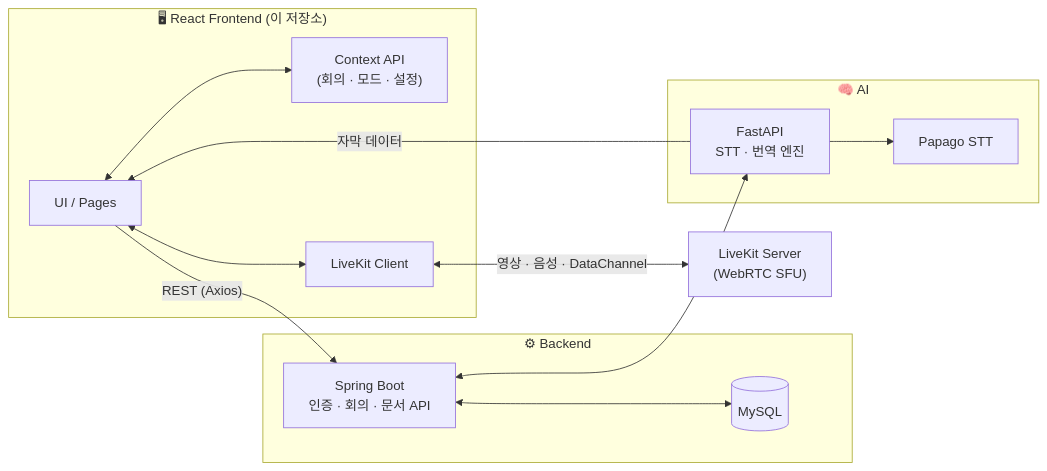
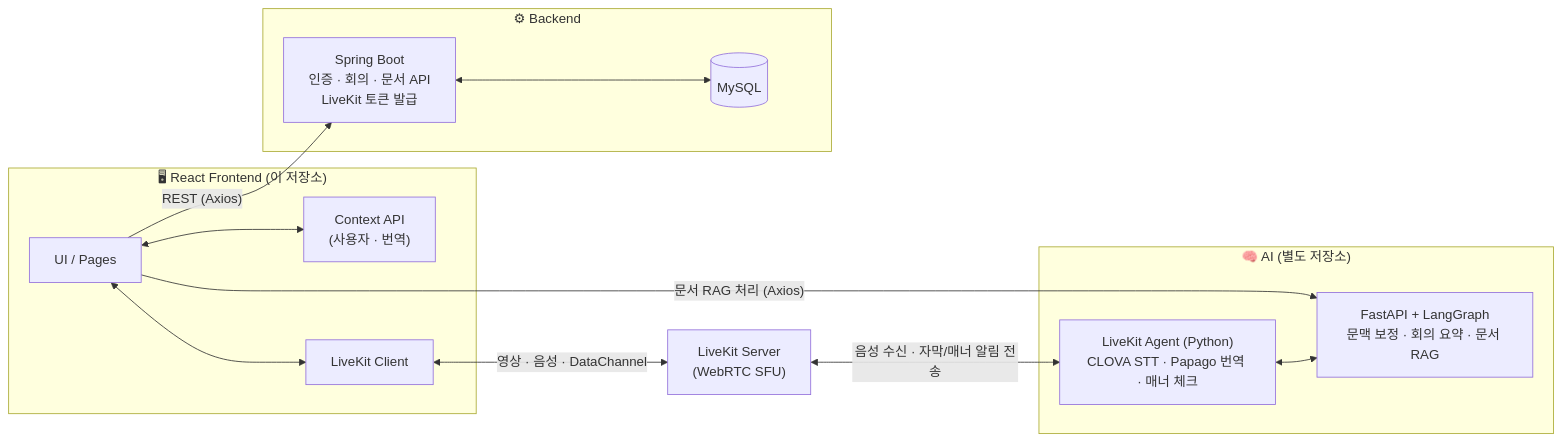
Before and after one commit to jingeunlee4559/talaria-frontend: the first of 5 diagrams in README.md, drawn with Mermaid. The commit also changed other lines of this file, not shown here.

````diff
--- a/README.md
+++ b/README.md
@@ -190,29 +191,29 @@
 ```mermaid
 flowchart LR
     subgraph Client["🖥 React Frontend (이 저장소)"]
         UI["UI / Pages"]
-        CTX["Context API<br/>(회의 · 모드 · 설정)"]
+        CTX["Context API<br/>(사용자 · 번역)"]
         LK["LiveKit Client"]
     end
 
     subgraph Server["⚙ Backend"]
-        SB["Spring Boot<br/>인증 · 회의 · 문서 API"]
+        SB["Spring Boot<br/>인증 · 회의 · 문서 API<br/>LiveKit 토큰 발급"]
         DB[("MySQL")]
     end
 
-    subgraph AI["🧠 AI"]
-        FA["FastAPI<br/>STT · 번역 엔진"]
-        STT["Papago STT"]
+    subgraph AI["🧠 AI (별도 저장소)"]
+        AG["LiveKit Agent (Python)<br/>CLOVA STT · Papago 번역 · 매너 체크"]
+        FA["FastAPI + LangGraph<br/>문맥 보정 · 회의 요약 · 문서 RAG"]
     end
 
     LKS["LiveKit Server<br/>(WebRTC SFU)"]
 
     UI <--> CTX
     UI -- "REST (Axios)" --> SB
+    UI -- "문서 RAG 처리 (Axios)" --> FA
     SB <--> DB
-    SB <--> FA
-    FA --> STT
+    UI <--> LK
     LK <-- "영상 · 음성 · DataChannel" --> LKS
-    UI <--> LK
-    FA -- "자막 데이터" --> UI
+    LKS <-- "음성 수신 · 자막/매너 알림 전송" --> AG
+    AG <--> FA
 ```
````
